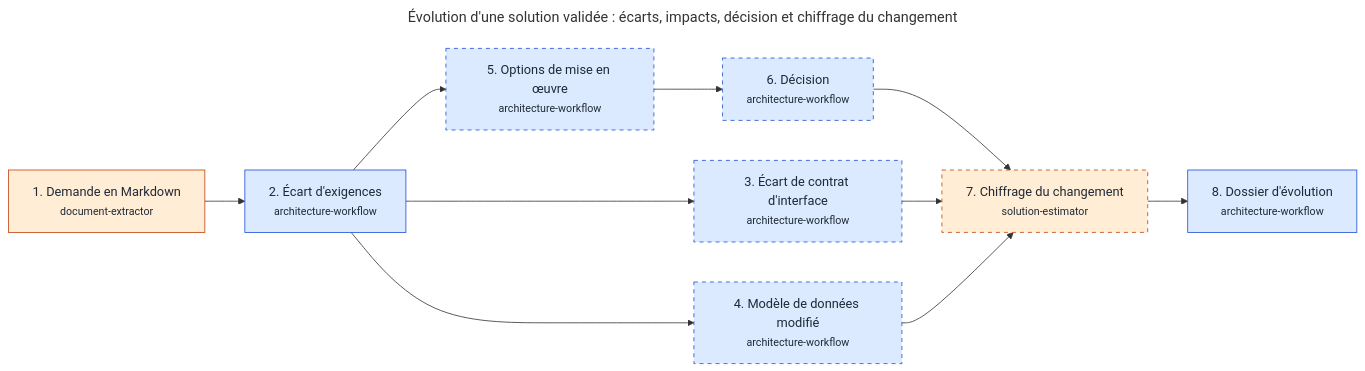
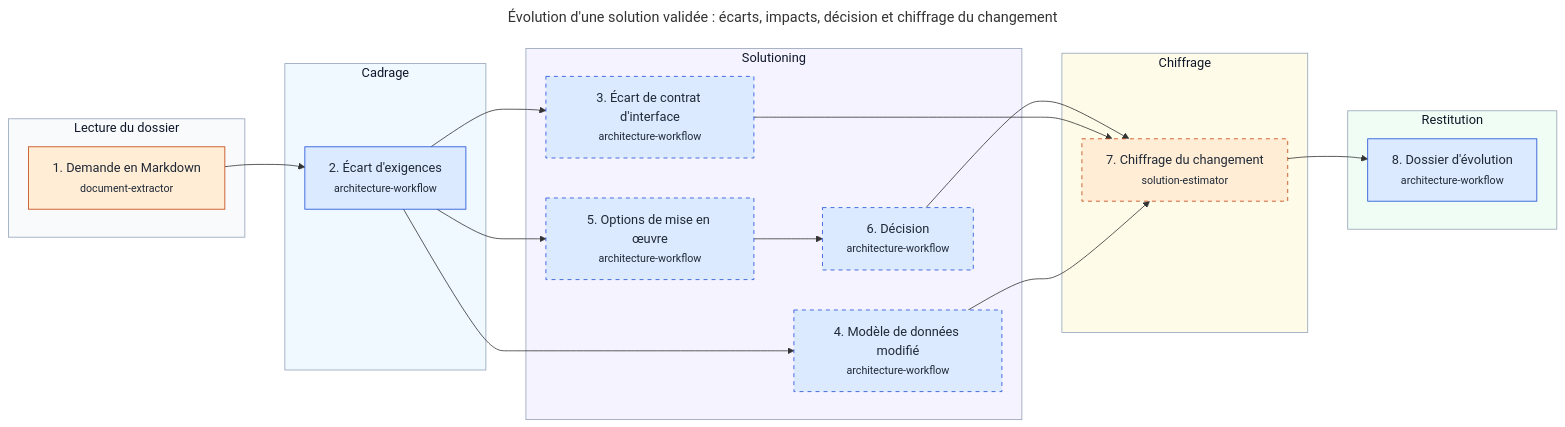
The diagram in docs/workflows/evolution.md (RenaudVanhille/myskills), drawn with Mermaid before and after one commit. The commit also changed other lines of this file and 35 other files, not shown here.

````diff
--- a/docs/workflows/evolution.md
+++ b/docs/workflows/evolution.md
@@ -18,29 +18,48 @@
 ```mermaid
 ---
 title: "Évolution d'une solution validée : écarts, impacts, décision et chiffrage du changement"
 ---
 flowchart LR
-  s_documents["1. Demande en Markdown<br/><small>document-extractor</small>"]
-  s_exigences["2. Écart d'exigences<br/><small>architecture-workflow</small>"]
-  s_contrats["3. Écart de contrat d'interface<br/><small>architecture-workflow</small>"]
-  s_donnees["4. Modèle de données modifié<br/><small>architecture-workflow</small>"]
-  s_options["5. Options de mise en œuvre<br/><small>architecture-workflow</small>"]
-  s_decision["6. Décision<br/><small>architecture-workflow</small>"]
-  s_chiffrage["7. Chiffrage du changement<br/><small>solution-estimator</small>"]
-  s_dossier["8. Dossier d'évolution<br/><small>architecture-workflow</small>"]
+  subgraph z_lecture["Lecture du dossier"]
+    s_documents["1. Demande en Markdown<br/><small>document-extractor</small>"]
+  end
+  style z_lecture fill:#f8fafc,stroke:#94a3b8,color:#0f172a
+  subgraph z_cadrage["Cadrage"]
+    s_exigences["2. Écart d'exigences<br/><small>architecture-workflow</small>"]
+  end
+  style z_cadrage fill:#f0f9ff,stroke:#94a3b8,color:#0f172a
+  subgraph z_solutioning["Solutioning"]
+    s_contrats["3. Écart de contrat d'interface<br/><small>architecture-workflow</small>"]
+    s_donnees["4. Modèle de données modifié<br/><small>architecture-workflow</small>"]
+    s_options["5. Options de mise en œuvre<br/><small>architecture-workflow</small>"]
+    s_decision["6. Décision<br/><small>architecture-workflow</small>"]
+  end
+  style z_solutioning fill:#f5f3ff,stroke:#94a3b8,color:#0f172a
+  subgraph z_chiffrage["Chiffrage"]
+    s_chiffrage["7. Chiffrage du changement<br/><small>solution-estimator</small>"]
+  end
+  style z_chiffrage fill:#fefce8,stroke:#94a3b8,color:#0f172a
+  subgraph z_restitution["Restitution"]
+    s_dossier["8. Dossier d'évolution<br/><small>architecture-workflow</small>"]
+  end
+  style z_restitution fill:#f0fdf4,stroke:#94a3b8,color:#0f172a
   s_documents --> s_exigences
   s_exigences --> s_contrats
   s_exigences --> s_donnees
   s_exigences --> s_options
   s_options --> s_decision
   s_decision --> s_chiffrage
   s_contrats --> s_chiffrage
   s_donnees --> s_chiffrage
   s_chiffrage --> s_dossier
+  s_documents ~~~ s_exigences
+  s_exigences ~~~ s_contrats
+  s_decision ~~~ s_chiffrage
+  s_chiffrage ~~~ s_dossier
   classDef moteur fill:#dbeafe,stroke:#1d4ed8,color:#1f2937
   classDef agent fill:#ffedd5,stroke:#c2410c,color:#1f2937
   classDef facultative stroke-dasharray:5 5
   class s_exigences,s_contrats,s_donnees,s_options,s_decision,s_dossier moteur
   class s_documents,s_chiffrage agent
   class s_contrats,s_donnees,s_options,s_decision,s_chiffrage facultative
 ```
````
